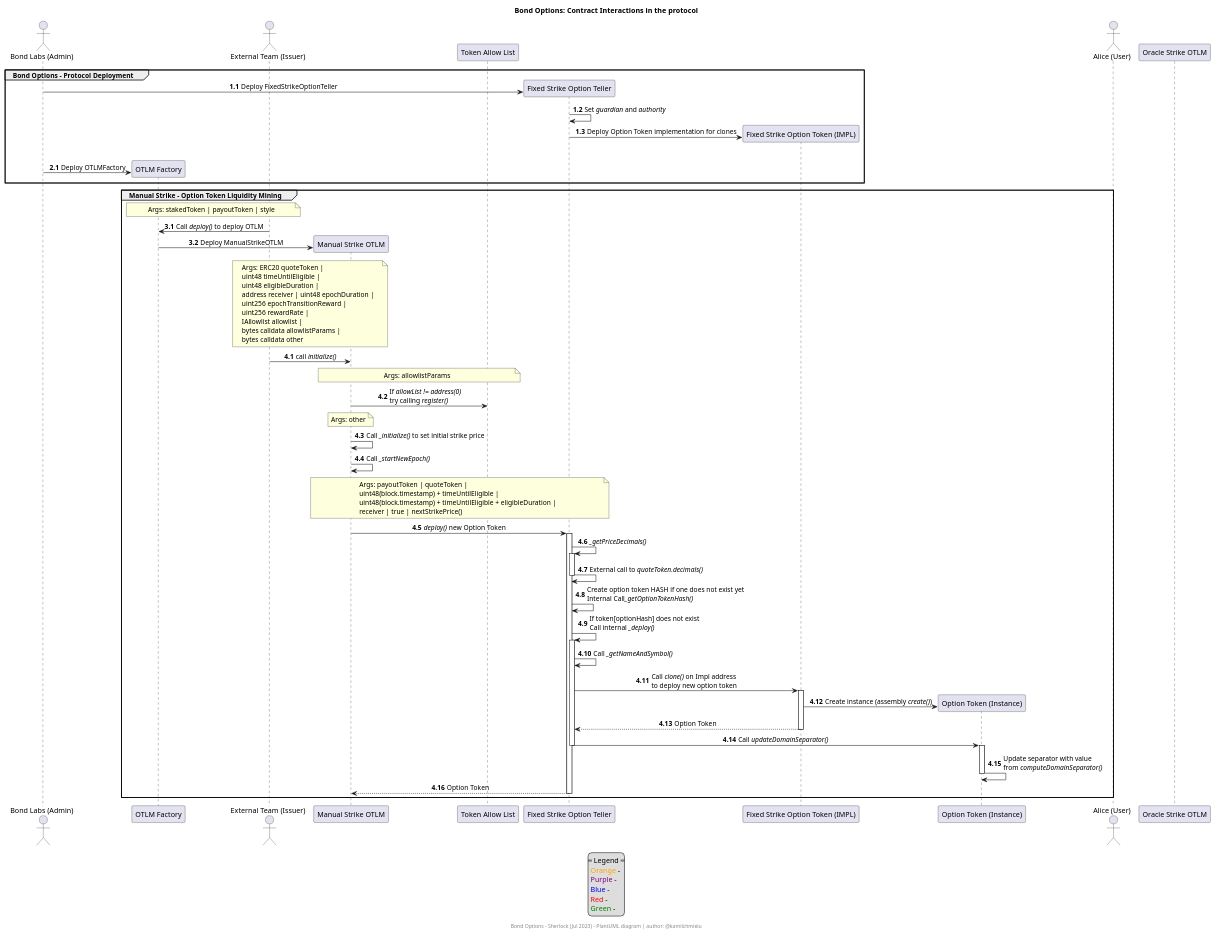
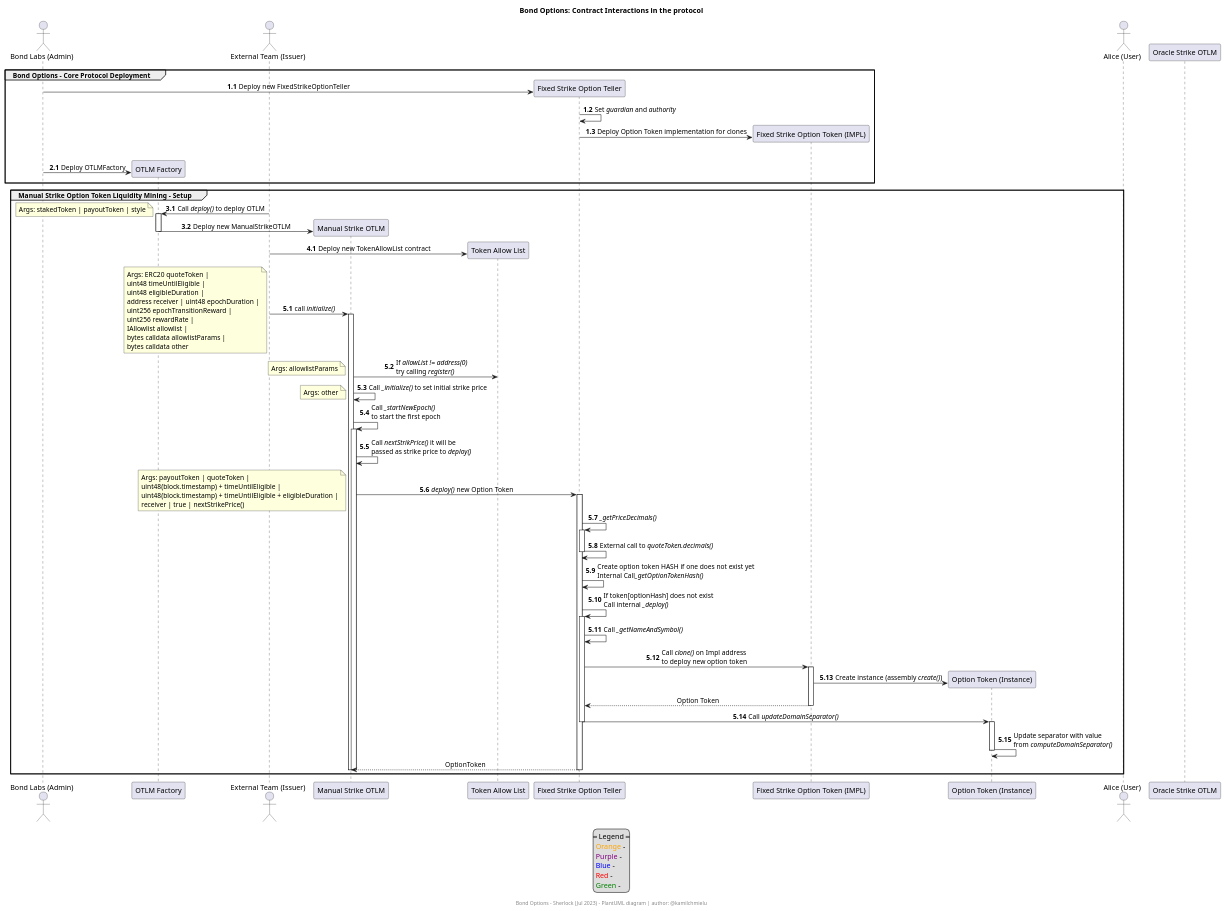
One commit to ChmielewskiKamil/diagrams changed the diagram in Sherlock/BondOptions/ContractInteractions.puml. Above: the diagram before and after it, drawn with PlantUML.

Commit message:
♻️ Simplify notes

```diff
--- a/Sherlock/BondOptions/ContractInteractions.puml
+++ b/Sherlock/BondOptions/ContractInteractions.puml
@@ -1,117 +1,131 @@
 @startuml
 title Bond Options: Contract Interactions in the protocol
 
 /' //////////////////////////////////////////////////////////////////
 //                      System Participants                        //
 ////////////////////////////////////////////////////////////////// '/
 
 actor "Bond Labs (Admin)" as Admin
 participant "OTLM Factory" as OTLMFactory
 actor "External Team (Issuer)" as Issuer
 participant "Manual Strike OTLM" as ManualStrikeOTLM
 
 participant "Token Allow List" as TokenAllowList
 
 participant "Fixed Strike Option Teller" as FixedStrikeOptionTeller
 participant "Fixed Strike Option Token (IMPL)" as FixedStrikeOptionToken
 
 participant "Option Token (Instance)" as OptionToken
 
 actor "Alice (User)" as User
 
 participant "Oracle Strike OTLM" as OracleStrikeOTLM
 
 
 /' //////////////////////////////////////////////////////////////////
 //                         Interactions                            //
 ////////////////////////////////////////////////////////////////// '/
 'Numbers are in the A.B.C format, by calling `inc A` you will increase the first number by 1'
 autonumber 1.1
-group Bond Options - Protocol Deployment
-    Admin -> FixedStrikeOptionTeller ** : Deploy FixedStrikeOptionTeller
-    FixedStrikeOptionTeller -> FixedStrikeOptionTeller: Set //guardian// and //authority//
+group Bond Options - Core Protocol Deployment
+    Admin -> FixedStrikeOptionTeller ** : Deploy new FixedStrikeOptionTeller
+    FixedStrikeOptionTeller -> FixedStrikeOptionTeller : Set //guardian// and //authority//
     FixedStrikeOptionTeller -> FixedStrikeOptionToken ** : Deploy Option Token implementation for clones
     |||
     autonumber inc A
     Admin -> OTLMFactory ** : Deploy OTLMFactory
 end
 
 autonumber inc A
-group Manual Strike - Option Token Liquidity Mining
-    note over Issuer, OTLMFactory: Args: stakedToken | payoutToken | style
-    Issuer -> OTLMFactory: Call //deploy()// to deploy OTLM
-    OTLMFactory -> ManualStrikeOTLM ** : Deploy ManualStrikeOTLM
+group Manual Strike Option Token Liquidity Mining - Setup
+    Issuer -> OTLMFactory ++ : Call //deploy()// to deploy OTLM
+    note left : Args: stakedToken | payoutToken | style
+    OTLMFactory -> ManualStrikeOTLM ** : Deploy new ManualStrikeOTLM
+    deactivate
 
     autonumber inc A
-    note over Issuer, ManualStrikeOTLM 
+
+    Issuer -> TokenAllowList ** : Deploy new TokenAllowList contract
+
+    autonumber inc A
+    
+    Issuer -> ManualStrikeOTLM ++ : call //initialize()//
+    note left
         Args: ERC20 quoteToken |
         uint48 timeUntilEligible |
         uint48 eligibleDuration |
         address receiver | uint48 epochDuration |
         uint256 epochTransitionReward |
         uint256 rewardRate |
         IAllowlist allowlist |
         bytes calldata allowlistParams |
         bytes calldata other
     end note
-    Issuer -> ManualStrikeOTLM: call //initialize()//
-    
-    note over ManualStrikeOTLM, TokenAllowList: Args: allowlistParams
-    ManualStrikeOTLM -> TokenAllowList: If //allowList != address(0)//\ntry calling //register()//
 
-    note over ManualStrikeOTLM: Args: other
+    ManualStrikeOTLM -> TokenAllowList : If //allowList != address(0)//\ntry calling //register()//
+    note left : Args: allowlistParams
+
     ManualStrikeOTLM -> ManualStrikeOTLM: Call //_initialize()// to set initial strike price
+    note left : Args: other
 
-    ManualStrikeOTLM -> ManualStrikeOTLM: Call //_startNewEpoch()//
+    ManualStrikeOTLM -> ManualStrikeOTLM ++ : Call //_startNewEpoch()//\nto start the first epoch
 
-    note over ManualStrikeOTLM, FixedStrikeOptionTeller
+    ManualStrikeOTLM -> ManualStrikeOTLM : Call //nextStrikPrice()// it will be\npassed as strike price to //deploy()//
+
+    ManualStrikeOTLM -> FixedStrikeOptionTeller ++ : //deploy()// new Option Token
+    note left
         Args: payoutToken | quoteToken |
         uint48(block.timestamp) + timeUntilEligible |
         uint48(block.timestamp) + timeUntilEligible + eligibleDuration |
         receiver | true | nextStrikePrice()
     end note
 
-    ManualStrikeOTLM -> FixedStrikeOptionTeller ++ : //deploy()// new Option Token
     FixedStrikeOptionTeller -> FixedStrikeOptionTeller ++ : //_getPriceDecimals()//
     FixedStrikeOptionTeller -> FixedStrikeOptionTeller -- : External call to //quoteToken.decimals()//
     FixedStrikeOptionTeller -> FixedStrikeOptionTeller: Create option token HASH if one does not exist yet\nInternal Call//_getOptionTokenHash()//
     FixedStrikeOptionTeller -> FixedStrikeOptionTeller ++ : If token[optionHash] does not exist\nCall internal //_deploy()//
     FixedStrikeOptionTeller -> FixedStrikeOptionTeller: Call //_getNameAndSymbol()//
     FixedStrikeOptionTeller -> FixedStrikeOptionToken ++ : Call //clone()// on Impl address\nto deploy new option token
     FixedStrikeOptionToken -> OptionToken **: Create instance (assembly //create()//)
+    autonumber stop
     return Option Token
+    autonumber resume
     FixedStrikeOptionTeller -> OptionToken --++ : Call //updateDomainSeparator()//
     OptionToken -> OptionToken -- : Update separator with value\nfrom //computeDomainSeparator()//
-    return Option Token
+    autonumber stop
+    return OptionToken
+    autonumber resume
+    deactivate
+    deactivate
 end
 
 /' //////////////////////////////////////////////////////////////////
 //                            Legend                               //
 ////////////////////////////////////////////////////////////////// '/
 
 legend
     == Legend ==
     <font color=orange>Orange</font> - 
     <font color=purple>Purple</font> - 
     <font color=blue>Blue</font> - 
     <font color=red>Red</font> - 
     <font color=green>Green</font> - 
 endlegend
 
 /' //////////////////////////////////////////////////////////////////
 //                            Styling                              //
 ////////////////////////////////////////////////////////////////// '/
 
 skinparam sequenceMessageAlign center
 skinparam note {
     BorderColor black
     BackgroundColor white
     FontColor black
 }
 skinparam participant {
     FontSize 25
     BackgroundColor lightgray
 }
 
 footer Bond Options - Sherlock (Jul 2023) - PlantUML diagram | author: @kamilchmielu
 @enduml
```
